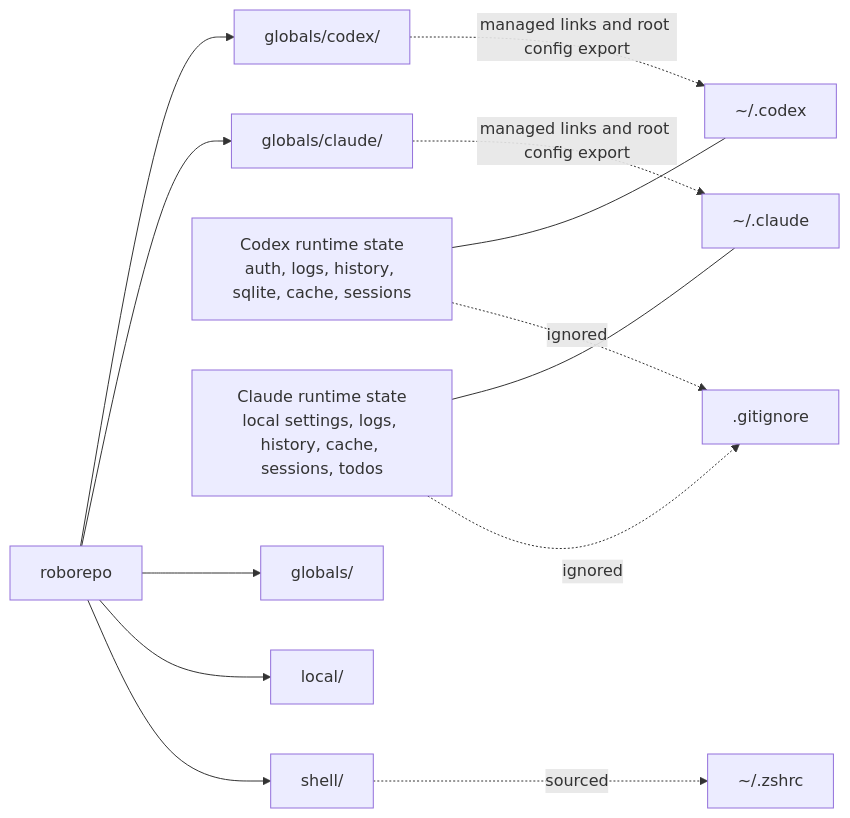
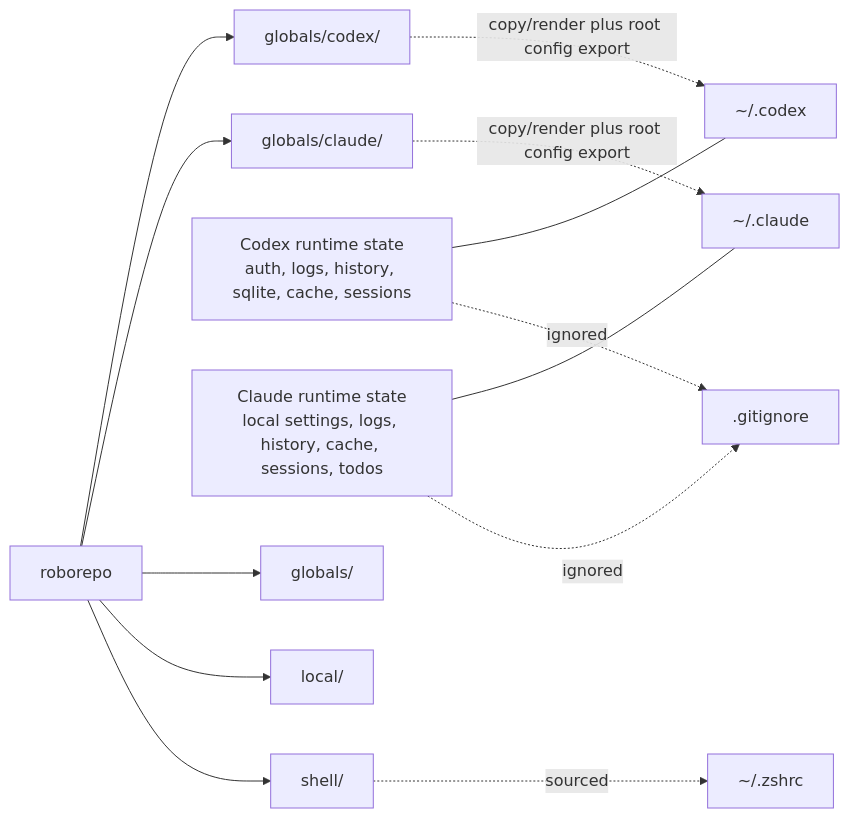
Before and after one commit to kirinmurphy/harness_configs: the first of 2 diagrams in docs/reference/services/architecture.md, drawn with Mermaid. The commit also changed other lines of this file and 50 other files, not shown here.

````diff
--- a/docs/reference/services/architecture.md
+++ b/docs/reference/services/architecture.md
@@ -5,31 +5,31 @@
 ```mermaid
 flowchart LR
   repo["roborepo"]
   codexRepo["globals/codex/"]
   claudeRepo["globals/claude/"]
   codexHome["~/.codex"]
   claudeHome["~/.claude"]
   codexRuntime["Codex runtime state<br/>auth, logs, history, sqlite, cache, sessions"]
   claudeRuntime["Claude runtime state<br/>local settings, logs, history, cache, sessions, todos"]
 
   repo --> codexRepo
   repo --> claudeRepo
 
-  codexRepo -. managed links and root config export .-> codexHome
-  claudeRepo -. managed links and root config export .-> claudeHome
+  codexRepo -. copy/render plus root config export .-> codexHome
+  claudeRepo -. copy/render plus root config export .-> claudeHome
 
   codexRuntime --- codexHome
   claudeRuntime --- claudeHome
 
   codexRuntime -. ignored .-> gitignore[".gitignore"]
   claudeRuntime -. ignored .-> gitignore
 
   shellRepo["shell/"]
   globalsRepo["globals/"]
   localRepo["local/"]
   zshrc["~/.zshrc"]
   repo --> globalsRepo
   repo --> localRepo
   repo --> shellRepo
   shellRepo -. sourced .-> zshrc
 ```
````
